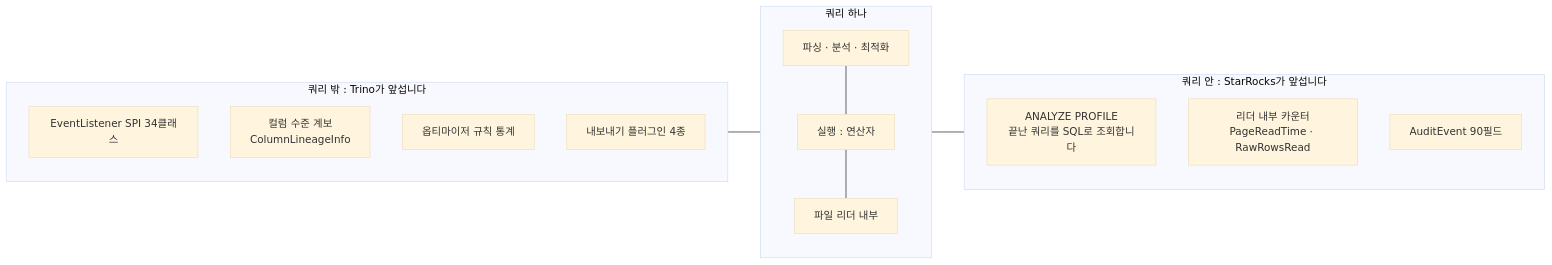
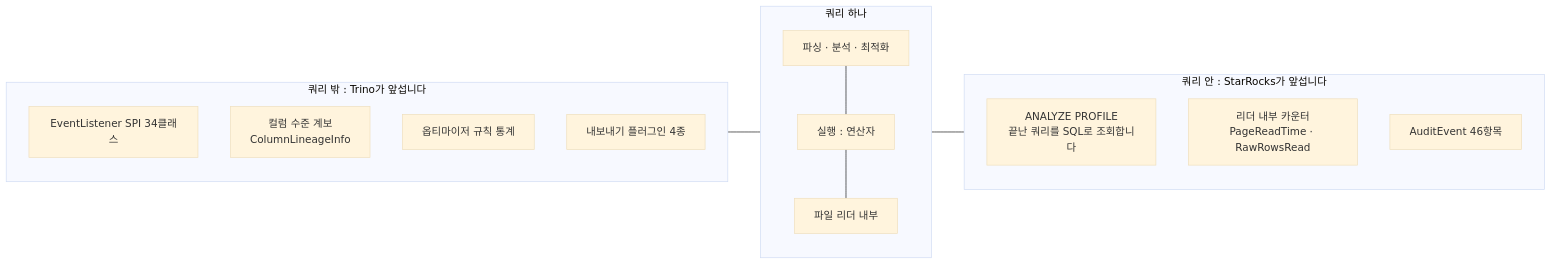
The fifth of 5 diagrams in docs/blog/04-운영-메모리-격리-장애.md (braveji18/dataops-insight), drawn with Mermaid (base theme) before and after one commit. The commit also changed other lines of this file and 5 other files, not shown here.

````diff
--- a/docs/blog/04-운영-메모리-격리-장애.md
+++ b/docs/blog/04-운영-메모리-격리-장애.md
@@ -437,25 +440,25 @@
 ```mermaid
 flowchart LR
     subgraph OUT["쿼리 밖 : Trino가 앞섭니다"]
         direction TB
         O1["EventListener SPI 34클래스"]
         O2["컬럼 수준 계보<br/>ColumnLineageInfo"]
         O3["옵티마이저 규칙 통계"]
         O4["내보내기 플러그인 4종"]
     end
     subgraph QRY["쿼리 하나"]
         direction TB
         Q1["파싱 · 분석 · 최적화"]
         Q2["실행 : 연산자"]
         Q3["파일 리더 내부"]
         Q1 --- Q2 --- Q3
     end
     subgraph IN["쿼리 안 : StarRocks가 앞섭니다"]
         direction TB
         I1["ANALYZE PROFILE<br/>끝난 쿼리를 SQL로 조회합니다"]
         I2["리더 내부 카운터<br/>PageReadTime · RawRowsRead"]
-        I3["AuditEvent 90필드"]
+        I3["AuditEvent 46항목"]
     end
     OUT --- QRY --- IN
     classDef miss stroke-dasharray:5 3
 ```
````
